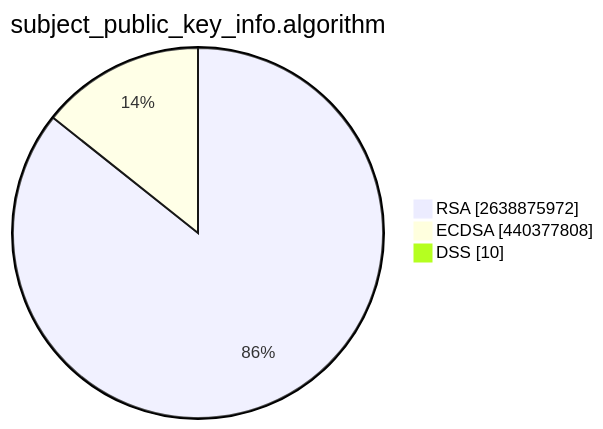
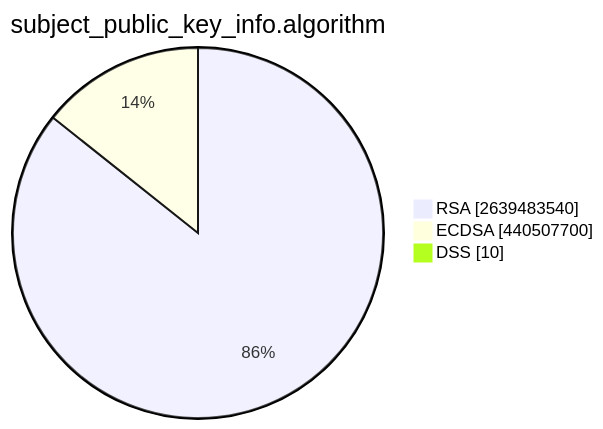
The second of 15 diagrams in TOTAL/README.md (christiankrug/ctmonitor_visualization), drawn with Mermaid before and after one commit. The commit also changed other lines of this file, not shown here.

````diff
--- a/TOTAL/README.md
+++ b/TOTAL/README.md
@@ -6,7 +6,7 @@
 ```mermaid
 pie showData
 title subject_public_key_info.algorithm
-"RSA" :2638875972
-"ECDSA" :440377808
+"RSA" :2639483540
+"ECDSA" :440507700
 "DSS" :10
 ```
````
